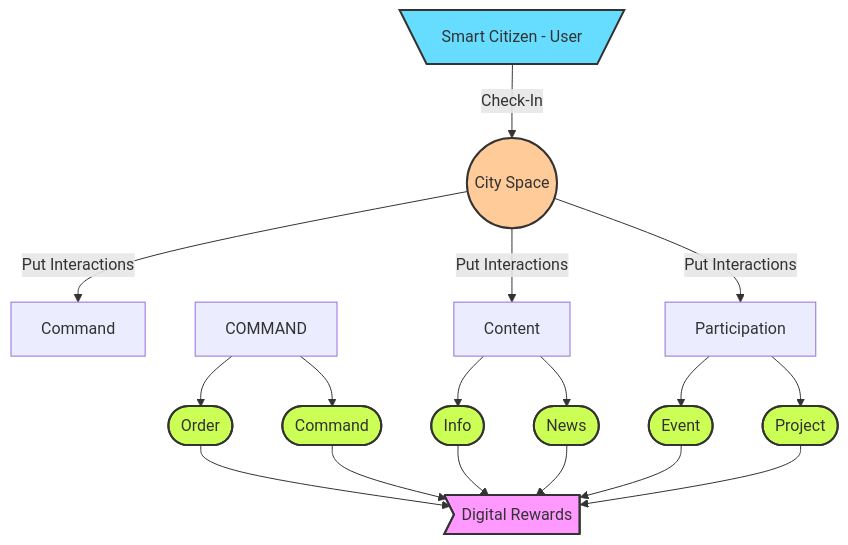
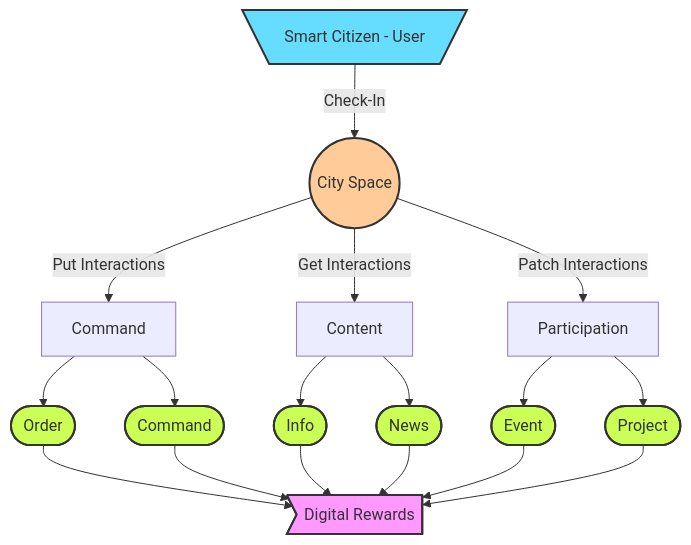
The diagram in pages/roadmap.md (cityos-work/cityos-dev), drawn with Mermaid before and after one commit.

````diff
--- a/pages/roadmap.md
+++ b/pages/roadmap.md
@@ -50,29 +50,29 @@
 ```mermaid
 graph TB;
     USER[\Smart Citizen - User/]-- Check-In -->SPACE((City Space));
-    SPACE-- Put Interactions -->COMMAD[Command];
-    SPACE-- Put Interactions -->CONTENT[Content];
-    SPACE-- Put Interactions -->PARTICIPATION[Participation];
+    SPACE-- Put Interactions -->COMMAND[Command];
+    SPACE-- Get Interactions -->CONTENT[Content];
+    SPACE-- Patch Interactions -->PARTICIPATION[Participation];
     
     COMMAND-->ORDER([Order]);
     COMMAND-->COM([Command]);
     CONTENT-->INFO([Info]);
     CONTENT-->NEWS([News]);
     PARTICIPATION-->EVENT([Event]);
     PARTICIPATION-->PROJECT([Project]);
     ORDER-->REWARD>Digital Rewards];
     COM-->REWARD;
     INFO-->REWARD;
     NEWS-->REWARD;
     EVENT-->REWARD;
     PROJECT-->REWARD;
     style USER fill:#6df,stroke:#333,stroke-width:2px
     style SPACE fill:#fc9,stroke:#333,stroke-width:2px
     style ORDER fill:#CF5, stroke:#333,stroke-width:2px
     style COM fill:#CF5, stroke:#333,stroke-width:2px
     style INFO fill:#CF5, stroke:#333,stroke-width:2px
     style NEWS fill:#CF5, stroke:#333,stroke-width:2px
     style EVENT fill:#CF5, stroke:#333,stroke-width:2px
     style PROJECT fill:#CF5, stroke:#333,stroke-width:2px
     style REWARD fill:#f9f,stroke:#333,stroke-width:2px   
 ```
````
